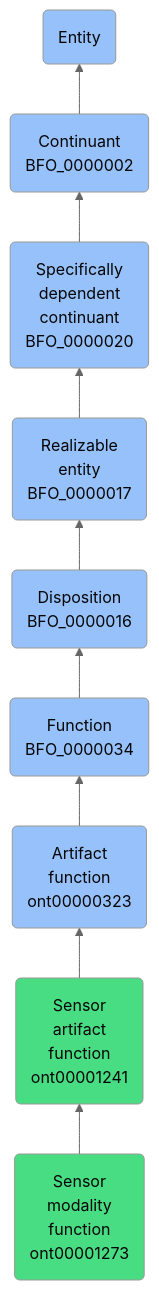
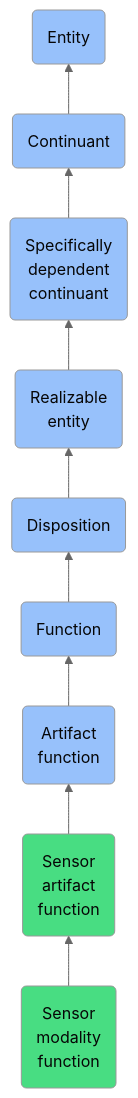
Before and after one commit to jupyter-naas/abi: the diagram in docs/ontology/reference/model/Entity/Continuant/Specifically dependent continuant/Realizable entity/Disposition/Function/Artifact function/Sensor artifact function/Sensor modality function/Sensor modality function.md, drawn with Mermaid (neutral theme). The commit also changed other lines of this file and 1430 other files, not shown here.

````diff
--- a/docs/ontology/reference/model/Entity/Continuant/Specifically dependent continuant/Realizable entity/Disposition/Function/Artifact function/Sensor artifact function/Sensor modality function/Sensor modality function.md
+++ b/docs/ontology/reference/model/Entity/Continuant/Specifically dependent continuant/Realizable entity/Disposition/Function/Artifact function/Sensor artifact function/Sensor modality function/Sensor modality function.md
@@ -24,16 +24,16 @@
 ```mermaid
 graph BT
-    ont00001273(Sensor<br>modality<br>function<br>ont00001273):::ABI-->ont00001241
-    ont00001241(Sensor<br>artifact<br>function<br>ont00001241):::ABI-->ont00000323
-    ont00000323(Artifact<br>function<br>ont00000323):::BFO-->BFO_0000034
-    BFO_0000034(Function<br>BFO_0000034):::BFO-->BFO_0000016
-    BFO_0000016(Disposition<br>BFO_0000016):::BFO-->BFO_0000017
-    BFO_0000017(Realizable<br>entity<br>BFO_0000017):::BFO-->BFO_0000020
-    BFO_0000020(Specifically<br>dependent<br>continuant<br>BFO_0000020):::BFO-->BFO_0000002
-    BFO_0000002(Continuant<br>BFO_0000002):::BFO-->BFO_0000001
+    ont00001273(Sensor<br>modality<br>function):::ABI-->ont00001241
+    ont00001241(Sensor<br>artifact<br>function):::ABI-->ont00000323
+    ont00000323(Artifact<br>function):::BFO-->BFO_0000034
+    BFO_0000034(Function):::BFO-->BFO_0000016
+    BFO_0000016(Disposition):::BFO-->BFO_0000017
+    BFO_0000017(Realizable<br>entity):::BFO-->BFO_0000020
+    BFO_0000020(Specifically<br>dependent<br>continuant):::BFO-->BFO_0000002
+    BFO_0000002(Continuant):::BFO-->BFO_0000001
     BFO_0000001(Entity):::BFO
     
     classDef BFO fill:#97c1fb,color:#060606
     classDef CCO fill:#e4c51e,color:#060606
     classDef ABI fill:#48DD82,color:#060606
 ```
````
